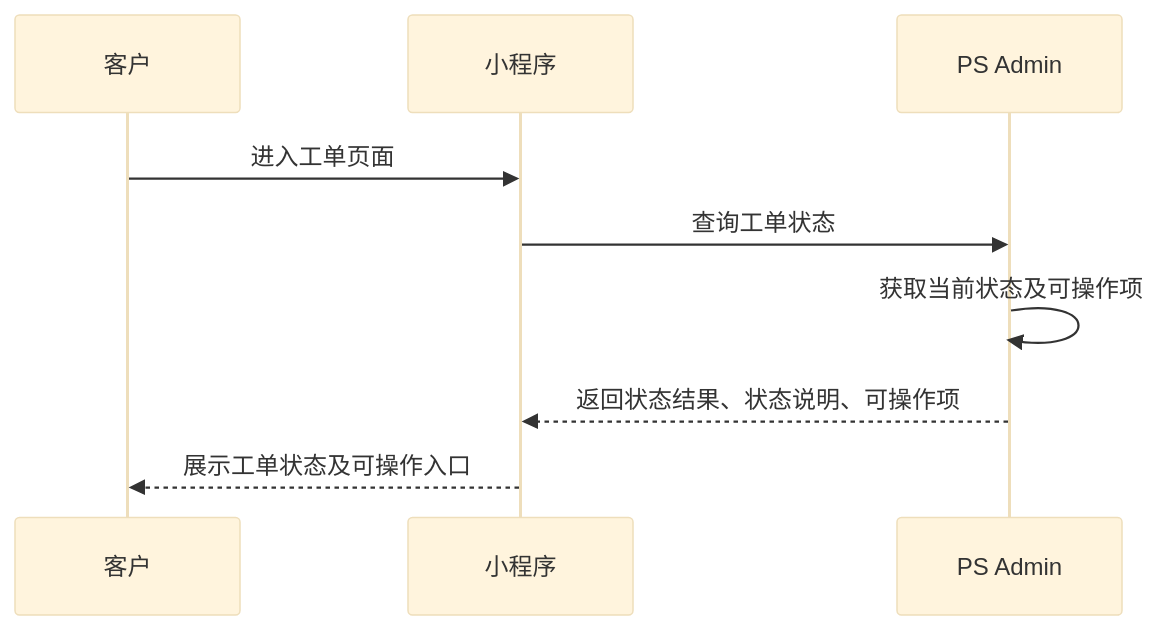
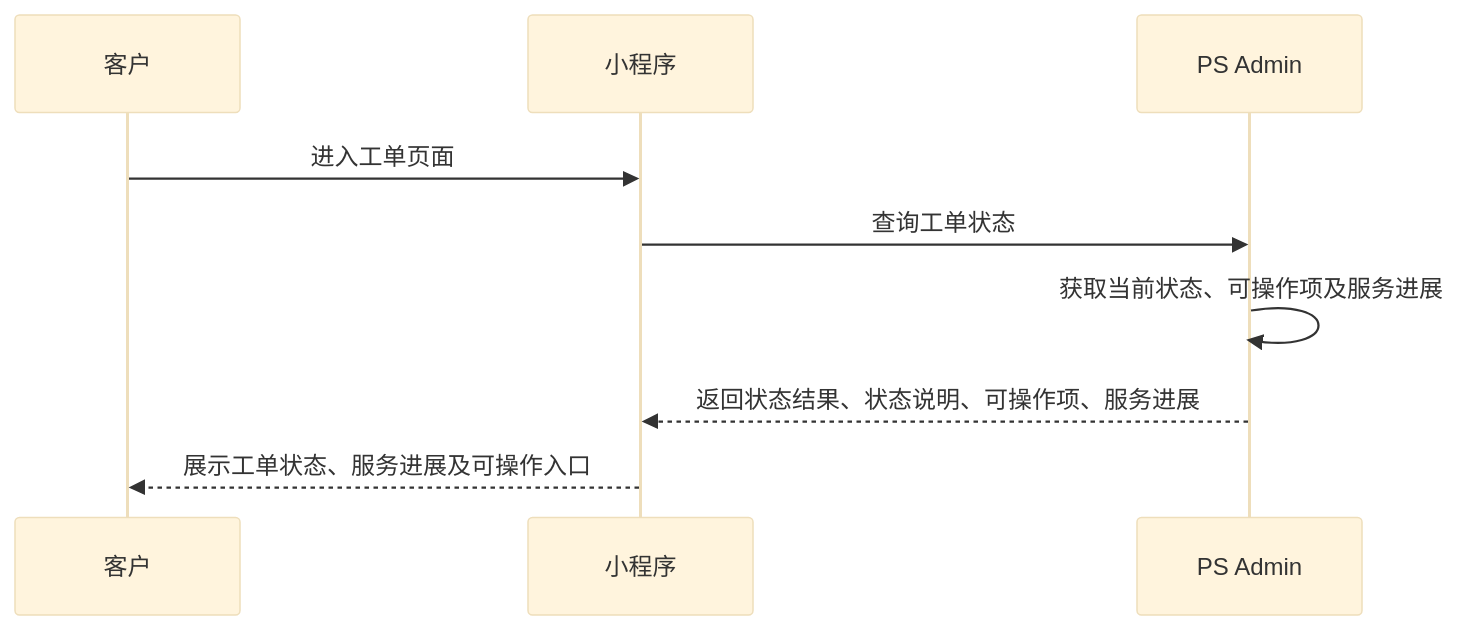
Diagram 11 of 33 in 文档/GM系统需求说明.md (guguohai/gmps), drawn with Mermaid (base theme) before and after one commit. The commit also changed other lines of this file and 8 other files, not shown here.

````diff
--- a/文档/GM系统需求说明.md
+++ b/文档/GM系统需求说明.md
@@ -863,12 +965,12 @@
 ```mermaid
 sequenceDiagram
     participant C as 客户
     participant M as 小程序
     participant A as PS Admin
 
     C->>M: 进入工单页面
     M->>A: 查询工单状态
-    A->>A: 获取当前状态及可操作项
-    A-->>M: 返回状态结果、状态说明、可操作项
-    M-->>C: 展示工单状态及可操作入口
+    A->>A: 获取当前状态、可操作项及服务进展
+    A-->>M: 返回状态结果、状态说明、可操作项、服务进展
+    M-->>C: 展示工单状态、服务进展及可操作入口
 ```
````
